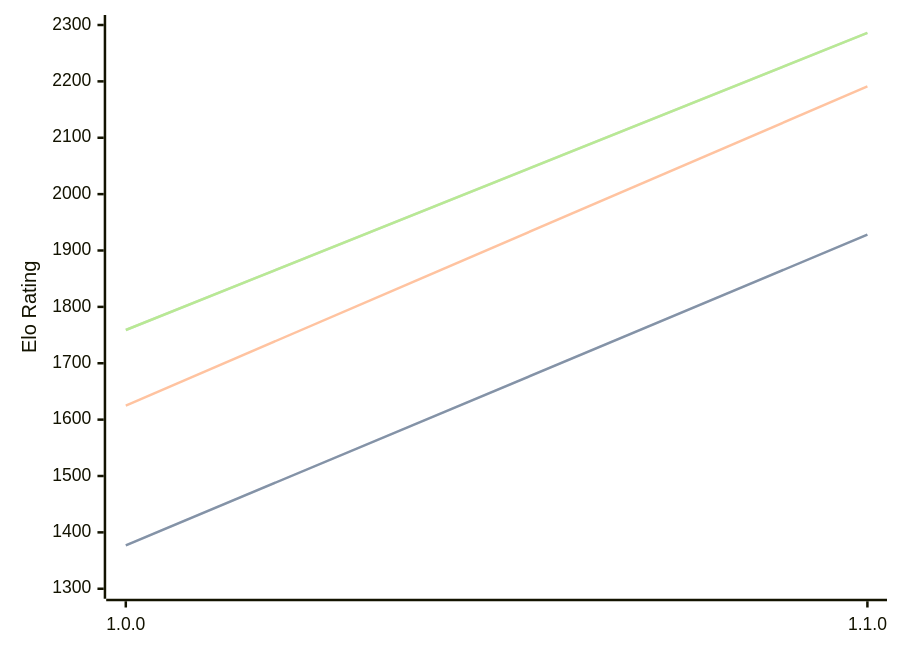
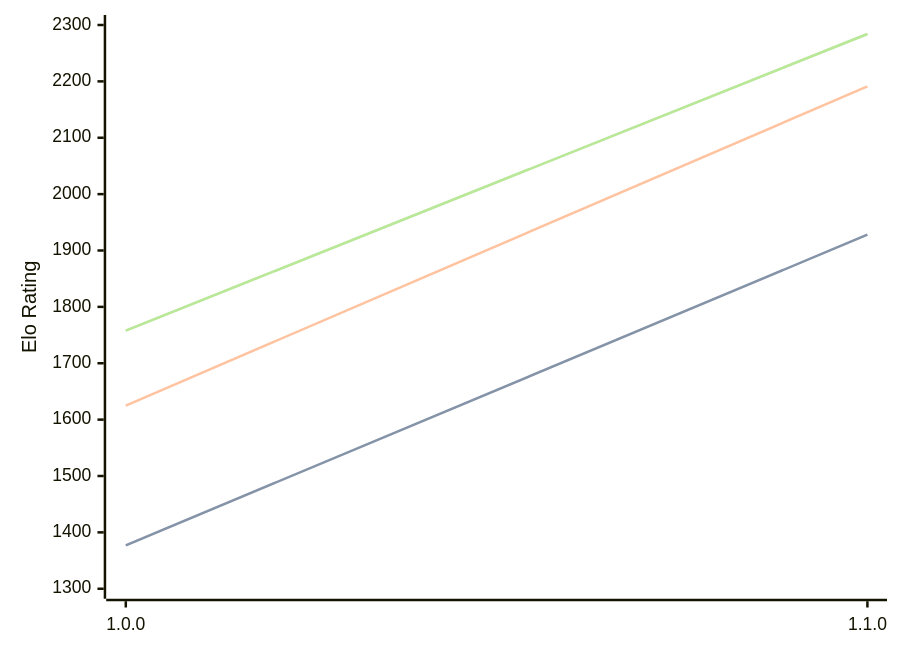
The diagram in engines/Akerbeltz.md (computer-chess-index/cci), drawn with Mermaid before and after one commit. The commit also changed other lines of this file, not shown here.

Commit message:
Update CCI Ratings (ELO VLTC) - 2026-08-12

````diff
--- a/engines/Akerbeltz.md
+++ b/engines/Akerbeltz.md
@@ -32,11 +32,11 @@
 ```mermaid
 %%{init: {"theme":"base","themeVariables":{"seriesColors:['#a3a3a3','#222221','#faa371']}}}%%
 xychart-beta
   x-axis ["1.0.0", "1.1.0"]
   y-axis "Elo Rating" 1300 --> 2300
   line "STC (8.0+0.08s)" [1377, 1928]
   line "STC (8.0+0.08s)" [1377, 1928]
   line "LTC (60.0+0.60s)" [1625, 2191]
-  line "VLTC (2m24s+1.12s)" [1759, 2286]
-  line "VLTC (2m24s+1.12s)" [1759, 2286]
+  line "VLTC (2m24s+1.12s)" [1758, 2284]
+  line "VLTC (2m24s+1.12s)" [1758, 2284]
 ```
````
